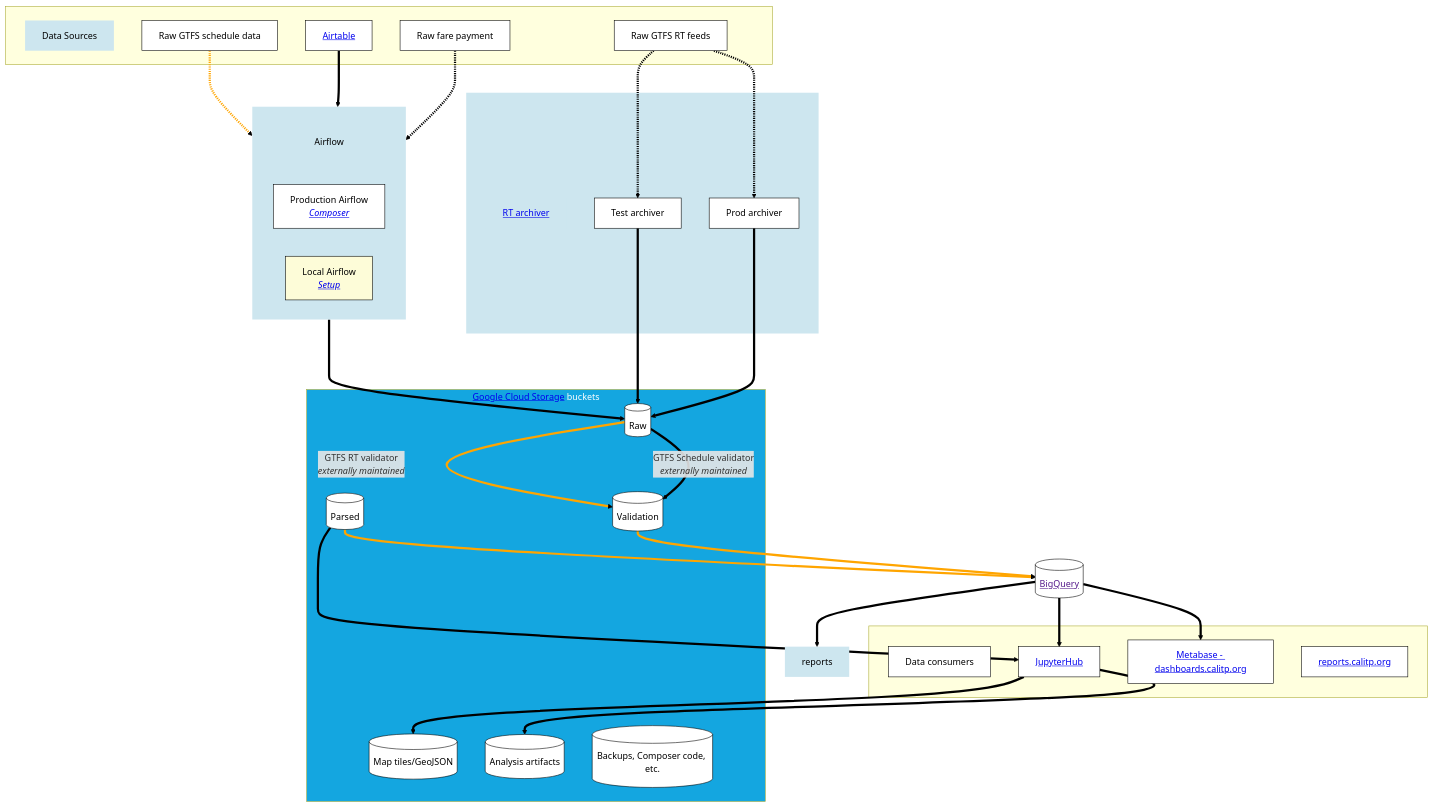
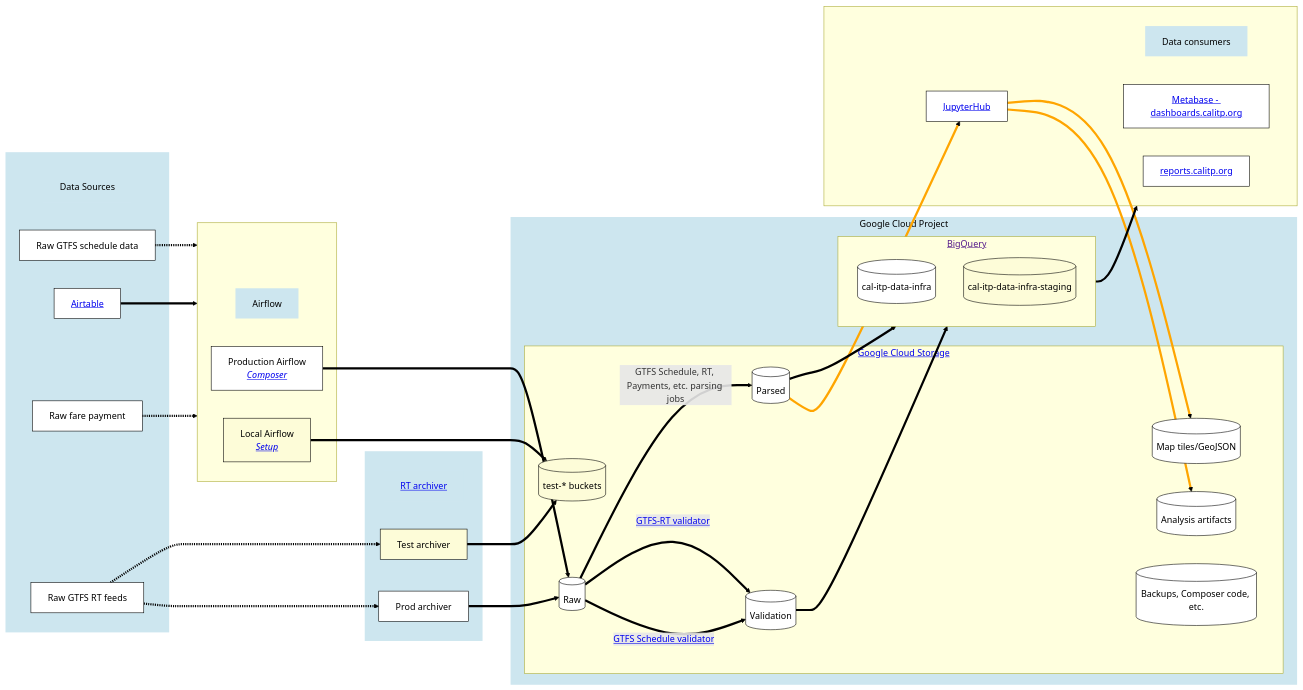
The second of 2 diagrams in docs/architecture/architecture_overview.md (cal-itp/data-infra), drawn with Mermaid before and after one commit. The commit also changed other lines of this file, not shown here.

Commit message:
add docs, fix styling, simplify mermaid

````diff
--- a/docs/architecture/architecture_overview.md
+++ b/docs/architecture/architecture_overview.md
@@ -73,83 +76,79 @@
 ```{mermaid}
-flowchart TD
+flowchart LR
+%% default styles
+classDef default fill:white, color:black, stroke:black, stroke-width:1px
+linkStyle default stroke:black, stroke-width:4px
+classDef test fill:#fdfcd8, color:#000000
+classDef group fill:#cde6ef, color:black, stroke-width:0px
+classDef subgroup fill:#14A6E0, color:white
+
 %% note that you seemingly cannot have a subgraph that only contains other subgraphs
 %% so I am using "label" nodes to make sure each subgraph has at least one direct child
-    subgraph sources[ ]
-        data_sources_label[Data Sources]
-        raw_gtfs[Raw GTFS schedule data]
-        airtable[<a href='https://airtable.com/'>Airtable</a>]
-        raw_payment[Raw fare payment]
-        raw_rt[Raw GTFS RT feeds]
+subgraph sources[ ]
+    data_sources_label[Data Sources]:::group
+    raw_gtfs[Raw GTFS schedule data]
+    airtable[<a href='https://airtable.com/'>Airtable</a>]
+    raw_payment[Raw fare payment]
+    raw_rt[Raw GTFS RT feeds]
+end
+subgraph rt_archiver[ ]
+    rt_archiver_label[<a href='https://github.com/cal-itp/data-infra/tree/main/services/gtfs-rt-archiver-v3'>RT archiver</a>]:::group
+    prod_rt_archiver[Prod archiver]
+    test_rt_archiver[Test archiver]:::test
+end
+subgraph airflow[ ]
+    airflow_label[Airflow]:::group
+    airflow_prod[Production Airflow <br><i><a href='https://console.cloud.google.com/composer/environments?project=cal-itp-data-infra&supportedpurview=project'>Composer</a></i>]
+    airflow_local[Local Airflow <br><i><a href='https://github.com/cal-itp/data-infra/blob/main/airflow/README.md'>Setup</a></i>]:::test
+end
+subgraph gcp[Google Cloud Project]
+    subgraph bigquery[<a href=''>BigQuery</a>]
+        bq_cal_itp_data_infra[(cal-itp-data-infra)]
+        bq_cal_itp_data_infra_staging[(cal-itp-data-infra-staging)]:::test
     end
-    subgraph rt_archiver[ ]
-        rt_archiver_label[<a href='https://github.com/cal-itp/data-infra/tree/main/services/gtfs-rt-archiver-v3'>RT archiver</a>]
-        prod_rt_archiver[Prod archiver]
-        test_rt_archiver[Test archiver]
-    end
-    subgraph airflow[ ]
-        airflow_label[Airflow]
-        airflow_prod[Production Airflow <br><i><a href='https://console.cloud.google.com/composer/environments?project=cal-itp-data-infra&supportedpurview=project'>Composer</a></i>]
-        airflow_local[Local Airflow <br><i><a href='https://github.com/cal-itp/data-infra/blob/main/airflow/README.md'>Setup</a></i>]
-    end
-    subgraph gcs[<a href='https://console.cloud.google.com/storage/browser'>Google Cloud Storage</a> buckets]
+    subgraph gcs[<a href='https://console.cloud.google.com/storage/browser'>Google Cloud Storage</a>]
         gcs_raw[(Raw)]
         gcs_parsed[(Parsed)]
         gcs_validation[(Validation)]
         gcs_analysis[(Analysis artifacts)]
         gcs_map_tiles[(Map tiles/GeoJSON)]
         gcs_other[(Backups, Composer code, etc.)]
+        gcs_test[(test-* buckets)]:::test
     end
+end
 
-    bigquery[(<a href=''>BigQuery</a>)]
+subgraph consumers[ ]
+    consumers_label[Data consumers]:::group
+    jupyterhub[<a href='https://hubtest.k8s.calitp.jarv.us/hub/'>JupyterHub</a>]
+    metabase[<a href='https://dashboards.calitp.org/'>Metabase - dashboards.calitp.org</a>]
+    reports_website[<a href='https://reports.calitp.org'>reports.calitp.org</a>]
+end
 
-    subgraph data_consumers[ ]
-        consumers_label[Data consumers]
-        jupyterhub[<a href='https://hubtest.k8s.calitp.jarv.us/hub/'>JupyterHub</a>]
-        metabase[<a href='https://dashboards.calitp.org/'>Metabase - dashboards.calitp.org</a>]
-        reports_website[<a href='https://reports.calitp.org'>reports.calitp.org</a>]
-    end
+%% subgraphs cannot be styled in-line
+class sources,rt_archiver,airflow,gcp,consumers group
+
+%% manual data consumption; put first for easier style indexing
+%% add indices to linkStyle as new manual connections exist
+gcs_parsed --> jupyterhub
+jupyterhub --> gcs_analysis
+jupyterhub --> gcs_map_tiles
+linkStyle 0,1,2 stroke:orange, stroke-width:4p
+
 %% data producers
 raw_gtfs -.-> airflow
 airtable --> airflow
 raw_payment -.-> airflow
-airflow ---> gcs_raw
+airflow_prod ---> gcs_raw
+airflow_local ---> gcs_test
 raw_rt -.-> prod_rt_archiver --> gcs_raw
-raw_rt -.-> test_rt_archiver --> gcs_raw
+raw_rt -.-> test_rt_archiver --> gcs_test
 %% data transformations
-gcs_raw -->|"GTFS Schedule validator  <br> <i>externally maintained</i>"| gcs_validation
-gcs_raw -->|"GTFS RT validator <br> <i>externally maintained</i>"| gcs_validation
+gcs_raw -->|<a href='https://github.com/MobilityData/gtfs-validator'>GTFS Schedule validator</a>| gcs_validation
+gcs_raw -->|<a href='https://github.com/MobilityData/gtfs-realtime-validator'>GTFS-RT validator</a>| gcs_validation
+gcs_raw -->|"GTFS Schedule, RT, Payments, etc. parsing jobs"| gcs_parsed
 
-%% queries
+%% data consumption
 gcs_parsed --> bigquery
 gcs_validation --> bigquery
-bigquery --> metabase
-bigquery --> jupyterhub
-bigquery --> reports
-gcs_parsed --> jupyterhub --> gcs_analysis
-jupyterhub --> gcs_map_tiles
-
-%% define styles
-classDef default fill:white, color:black, stroke:black, stroke-width:1px
-%% yellow for testing / staging versions
-classDef teststyle fill:#fdfcd8, color:#000000
-%% styling for groups & their labels
-classDef group_labelstyle fill:#cde6ef, color:black, stroke-width:0px
-%% styling for subgroups
-classDef subgroupstyle fill:#14A6E0, color:white
-%% styling for the key
-classDef keystyle fill:#1e1e19, color: white
-%% apply test styles
-class prepod_rt_archiver,bq_stage,gcs_gtfs_test,airflow_local,test teststyle
-%% apply label styles
-class data_storage_label,data_sources_label,reports_label,docs_label,analysis_tools_label,airflow_label,rt_archiver_label group_labelstyle
-%% apply group styles
-class data_storage,data_sources,reports,docs,analysis_tools,airflow,rt_archiver group_labelstyle
-%% apply subgroup styles
-class gcs,bq subgroupstyle
-%% style the key
-class key keystyle
-%% default arrow style
-linkStyle default stroke:black, stroke-width:4px
-%% manual connection arrow style
-linkStyle 0,9,10,11 stroke:orange, stroke-width:4px
+bigquery --> consumers
 ```
````
